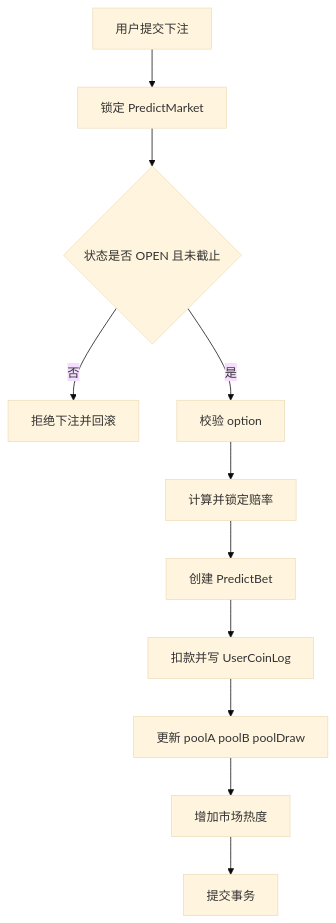
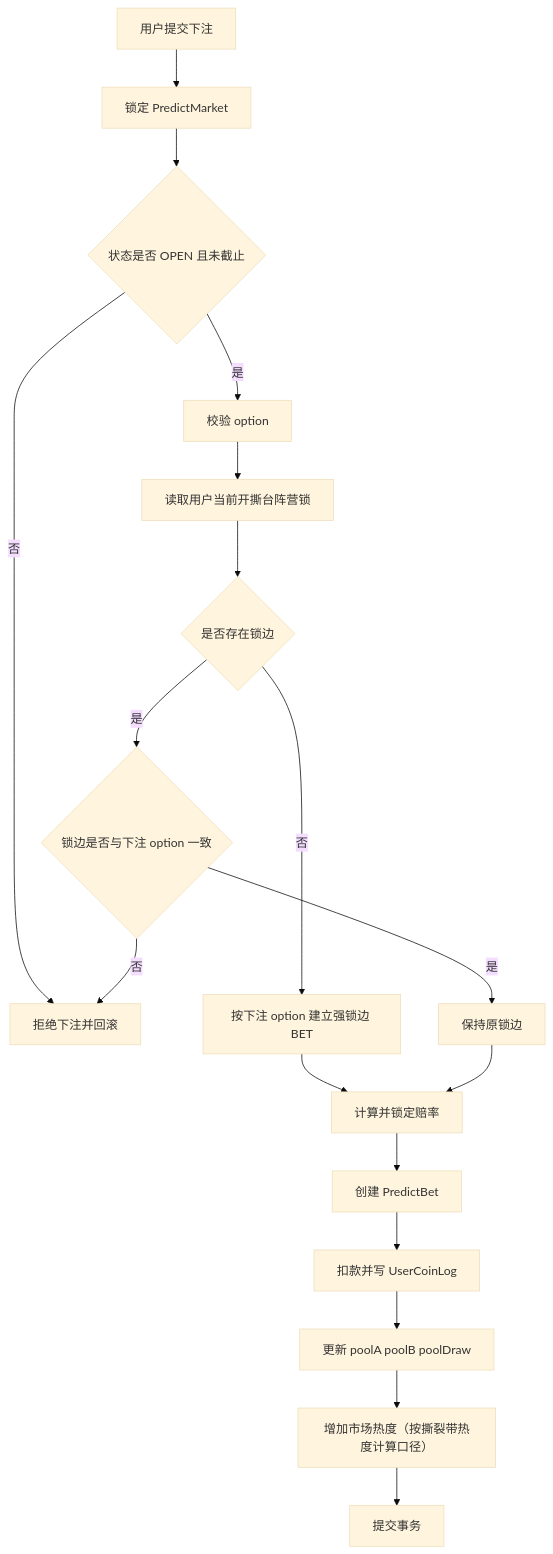
Before and after one commit to maoshuo1988/turtlepoll: the second of 10 diagrams in prompt/project/预测市场公共部分/01-流程图.md, drawn with Mermaid (base theme). The commit also changed other lines of this file and 51 other files, not shown here.

````diff
--- a/prompt/project/预测市场公共部分/01-流程图.md
+++ b/prompt/project/预测市场公共部分/01-流程图.md
@@ -21,13 +21,20 @@
 ```mermaid
 flowchart TD
   A["用户提交下注"] --> B["锁定 PredictMarket"]
   B --> C{"状态是否 OPEN 且未截止"}
   C -- "否" --> D["拒绝下注并回滚"]
   C -- "是" --> E["校验 option"]
-  E --> F["计算并锁定赔率"]
-  F --> G["创建 PredictBet"]
-  G --> H["扣款并写 UserCoinLog"]
-  H --> I["更新 poolA poolB poolDraw"]
-  I --> J["增加市场热度"]
-  J --> K["提交事务"]
+  E --> F["读取用户当前开撕台阵营锁"]
+  F --> G{"是否存在锁边"}
+  G -- "否" --> H["按下注 option 建立强锁边 BET"]
+  G -- "是" --> I{"锁边是否与下注 option 一致"}
+  I -- "否" --> D
+  I -- "是" --> J["保持原锁边"]
+  H --> K["计算并锁定赔率"]
+  J --> K
+  K --> L["创建 PredictBet"]
+  L --> M["扣款并写 UserCoinLog"]
+  M --> N["更新 poolA poolB poolDraw"]
+  N --> O["增加市场热度（按撕裂带热度计算口径）"]
+  O --> P["提交事务"]
 ```
````
